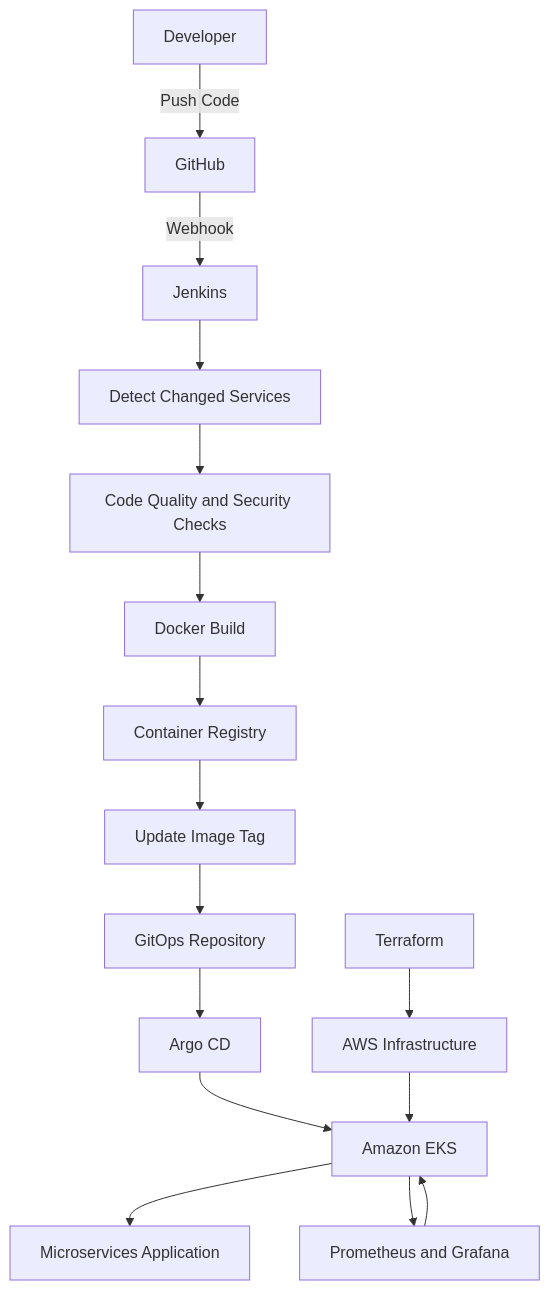
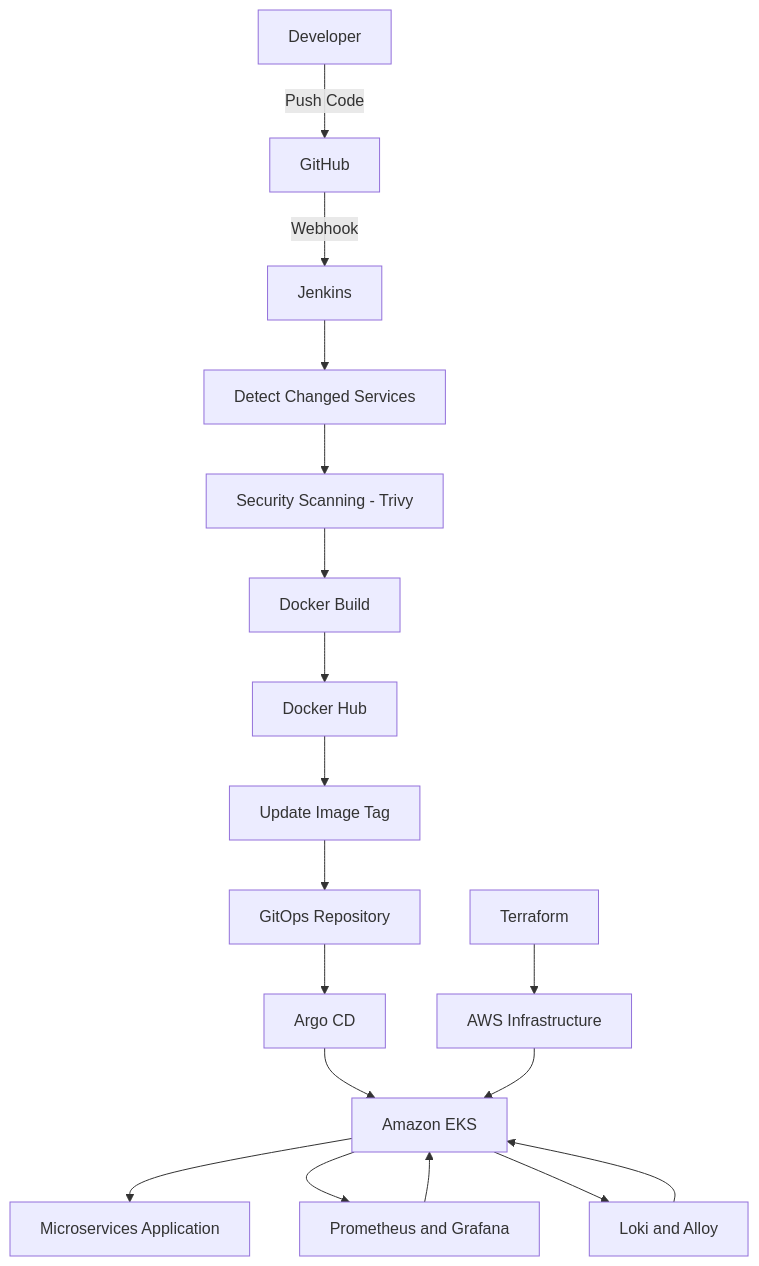
One commit to avinavvv/AWS-EKS-Based-Microservices-Deployment-GitOps-Automation-Project changed the first of 2 diagrams in README.md. Above: the diagram before and after it, drawn with Mermaid. The commit also changed other lines of this file, not shown here.

First line of the commit message:
enhance README with AWS architecture, CI/CD workflow, and project documentatio

````diff
--- a/README.md
+++ b/README.md
@@ -19,19 +19,23 @@
 ```mermaid
 flowchart TD
     A[Developer] -->|Push Code| B[GitHub]
     B -->|Webhook| C[Jenkins]
     C --> D[Detect Changed Services]
-    D --> E[Code Quality and Security Checks]
+    D --> E[Security Scanning - Trivy]
     E --> F[Docker Build]
-    F --> G[Container Registry]
+    F --> G[Docker Hub]
     G --> H[Update Image Tag]
     H --> I[GitOps Repository]
     I --> J[Argo CD]
     J --> K[Amazon EKS]
     K --> L[Microservices Application]
 
     M[Terraform] --> N[AWS Infrastructure]
     N --> K
+
     O[Prometheus and Grafana] --> K
     K --> O
+
+    P[Loki and Alloy] --> K
+    K --> P
 ```
````
